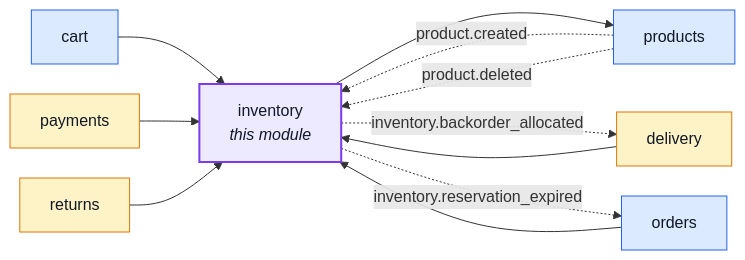
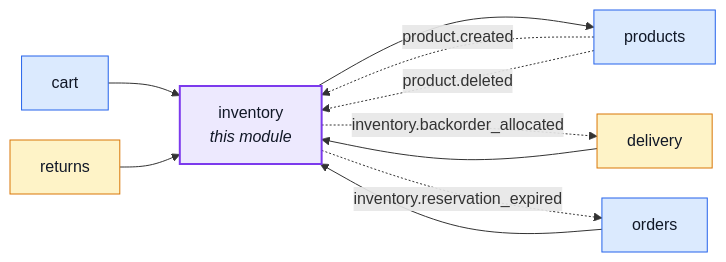
One commit to Guebbit/boilerplate-node-backend changed the first of 2 diagrams in docs/modules/inventory.md. Above: the diagram before and after it, drawn with Mermaid. The commit also changed other lines of this file and 9 other files, not shown here.

````diff
--- a/docs/modules/inventory.md
+++ b/docs/modules/inventory.md
@@ -18,30 +18,28 @@
 ```mermaid
 %%{init: {'flowchart': {'nodeSpacing': 30, 'rankSpacing': 60}}}%%
 flowchart LR
     inventory["inventory<br/><i>this module</i>"]
     cart["cart"]
     delivery["delivery"]
     orders["orders"]
-    payments["payments"]
     products["products"]
     returns["returns"]
 
     cart --> inventory
     delivery --> inventory
     orders --> inventory
-    payments --> inventory
     returns --> inventory
     inventory --> products
     products -. "product.created" .-> inventory
     products -. "product.deleted" .-> inventory
     inventory -. "inventory.backorder_allocated" .-> delivery
     inventory -. "inventory.reservation_expired" .-> orders
 
     classDef core fill:#dbeafe,stroke:#2563eb,color:#111827;
     classDef supporting fill:#fef3c7,stroke:#d97706,color:#111827;
     classDef generic fill:#dcfce7,stroke:#16a34a,color:#111827;
     classDef centre fill:#ede9fe,stroke:#7c3aed,stroke-width:2px,color:#111827;
     class cart,orders,products core;
-    class delivery,payments,returns supporting;
+    class delivery,returns supporting;
     class inventory centre;
 ```
````
